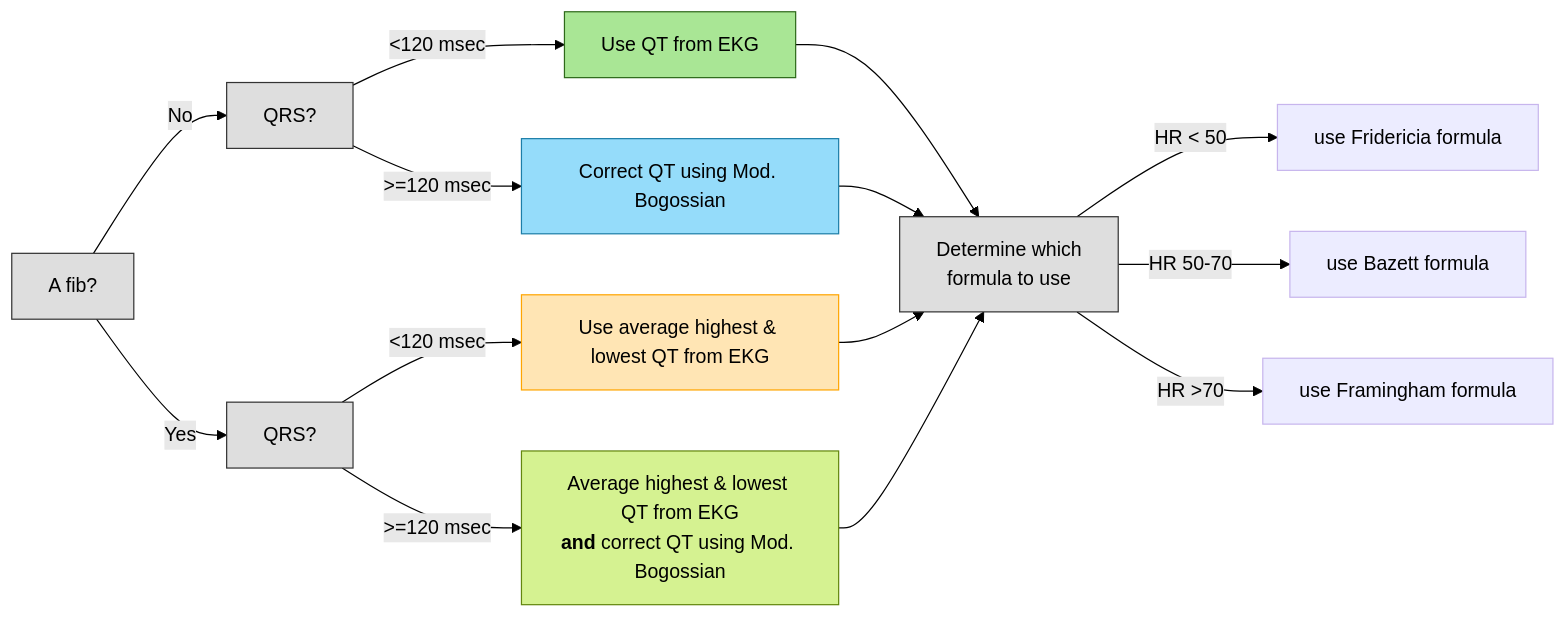
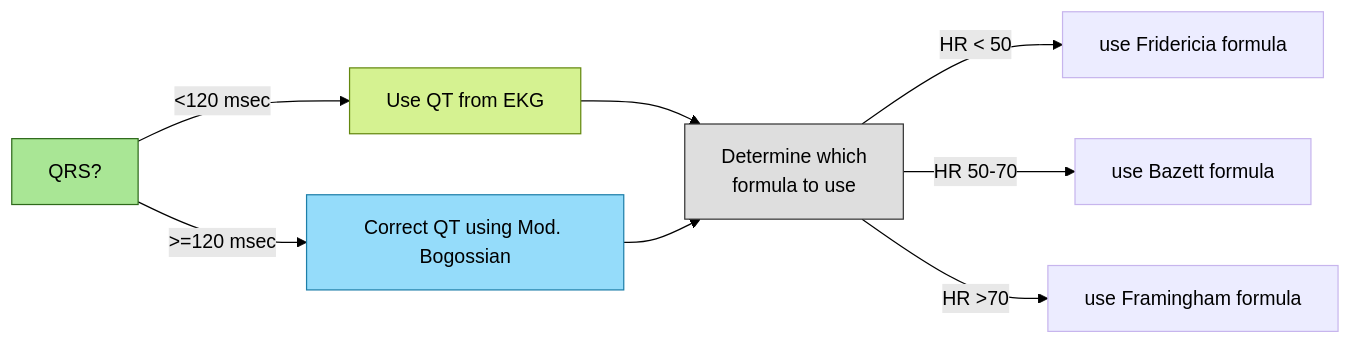
One commit to pharmot/multipurpose-calculator changed the second of 2 diagrams in equations.md. Above: the diagram before and after it, drawn with Mermaid (forest theme). The commit also changed other lines of this file and 10 other files, not shown here.

````diff
--- a/equations.md
+++ b/equations.md
@@ -494,25 +491,17 @@
 ```mermaid
 flowchart LR
-  AF[A fib?]:::gray
-  AF -->|No| QRS1[QRS?]:::gray
-  AF -->|Yes|QRS2[QRS?]:::gray
-
-  QRS1 -->|<120 msec| NL
-  NL[Use QT from EKG]:::start --> HR
-  QRS1 -->|>=120 msec| NH
+  QRS[QRS?]:::start -->|<120 msec| NL
+  NL[Use QT from EKG]:::green --> HR
+  QRS -->|>=120 msec| NH
   NH[Correct QT using Mod. Bogossian]:::blue --> HR
-  QRS2 -->|<120 msec| YL
-  YL[Use average highest & lowest QT from EKG]:::calc --> HR
-  QRS2 -->|>=120 msec| YH
-  YH[Average highest & lowest QT from EKG<br><b>and</b> correct QT using Mod. Bogossian]:::green --> HR
   HR[Determine which<br>formula to use]:::gray -->|HR < 50| F[use Fridericia formula]:::final
   HR -->|HR 50-70| G[use Bazett formula]:::final
   HR -->|HR >70| H[use Framingham formula]:::final
 
   classDef gray fill:#dedede,stroke:#333,color:black
   classDef calc fill:#FFE5B4,stroke:#FFA500,color:black
   classDef start fill:#a9e695,stroke:#2e691a,color:black
   classDef blue fill:#95dcfa,stroke:#1D7EA8,color:black
   classDef green fill:#d5f291,stroke:#63870e,color:black
   classDef final fill:#ececff,stroke:#c7b5ed,color:black
 ```
````
